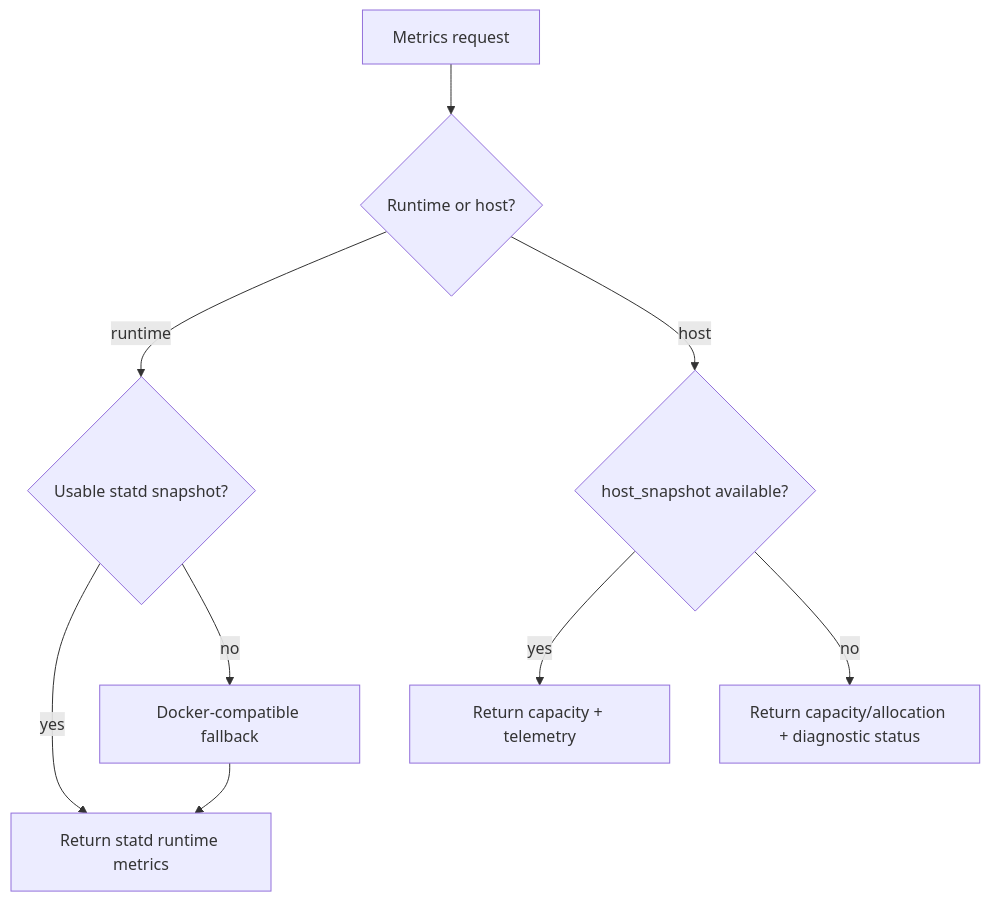
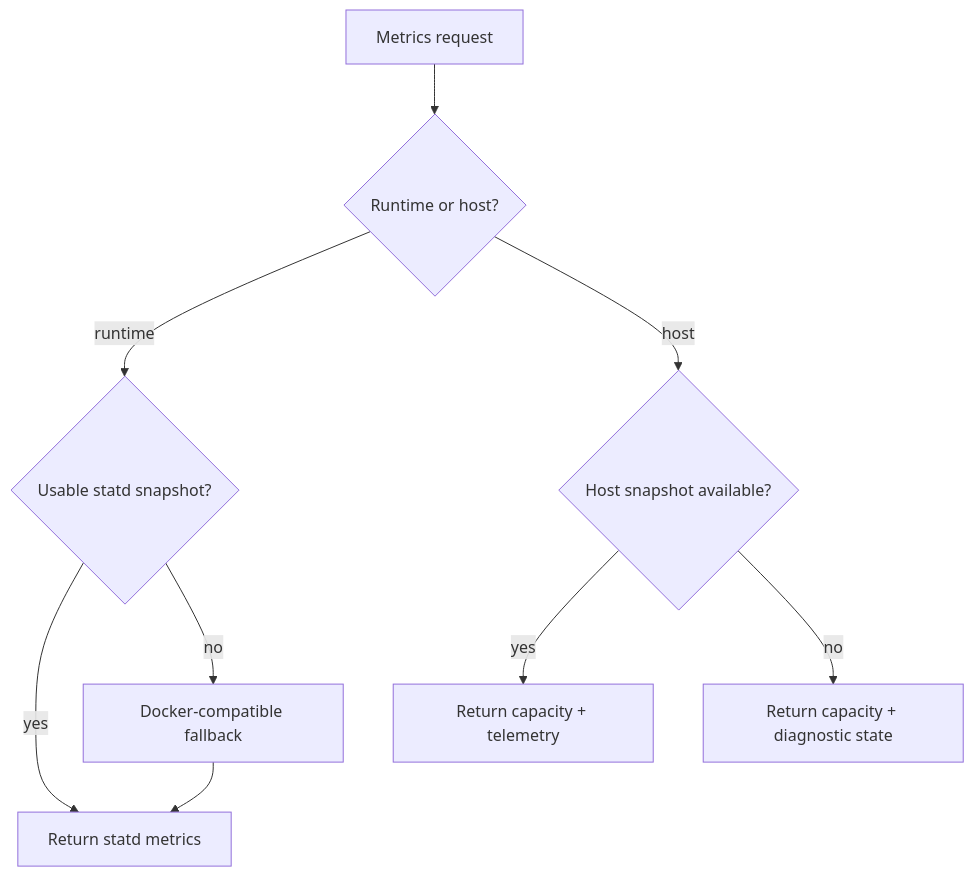
Before and after one commit to howlil/MyPaas: the second of 2 diagrams in docs/STATD.md, drawn with Mermaid. The commit also changed other lines of this file, not shown here.

Commit message:
docs: remove statd benchmark evidence from product docs

````diff
--- a/docs/STATD.md
+++ b/docs/STATD.md
@@ -208,13 +62,11 @@
 ```mermaid
 flowchart TB
     Request["Metrics request"] --> Kind{"Runtime or host?"}
-
     Kind -->|runtime| RuntimeStatd{"Usable statd snapshot?"}
-    RuntimeStatd -->|yes| ReturnRuntime["Return statd runtime metrics"]
-    RuntimeStatd -->|no| Docker["Docker-compatible fallback"]
-    Docker --> ReturnRuntime
-
-    Kind -->|host| HostStatd{"host_snapshot available?"}
+    RuntimeStatd -->|yes| ReturnRuntime["Return statd metrics"]
+    RuntimeStatd -->|no| Engine["Docker-compatible fallback"]
+    Engine --> ReturnRuntime
+    Kind -->|host| HostStatd{"Host snapshot available?"}
     HostStatd -->|yes| ReturnHost["Return capacity + telemetry"]
-    HostStatd -->|no| Capacity["Return capacity/allocation + diagnostic status"]
+    HostStatd -->|no| Capacity["Return capacity + diagnostic state"]
 ```
````
